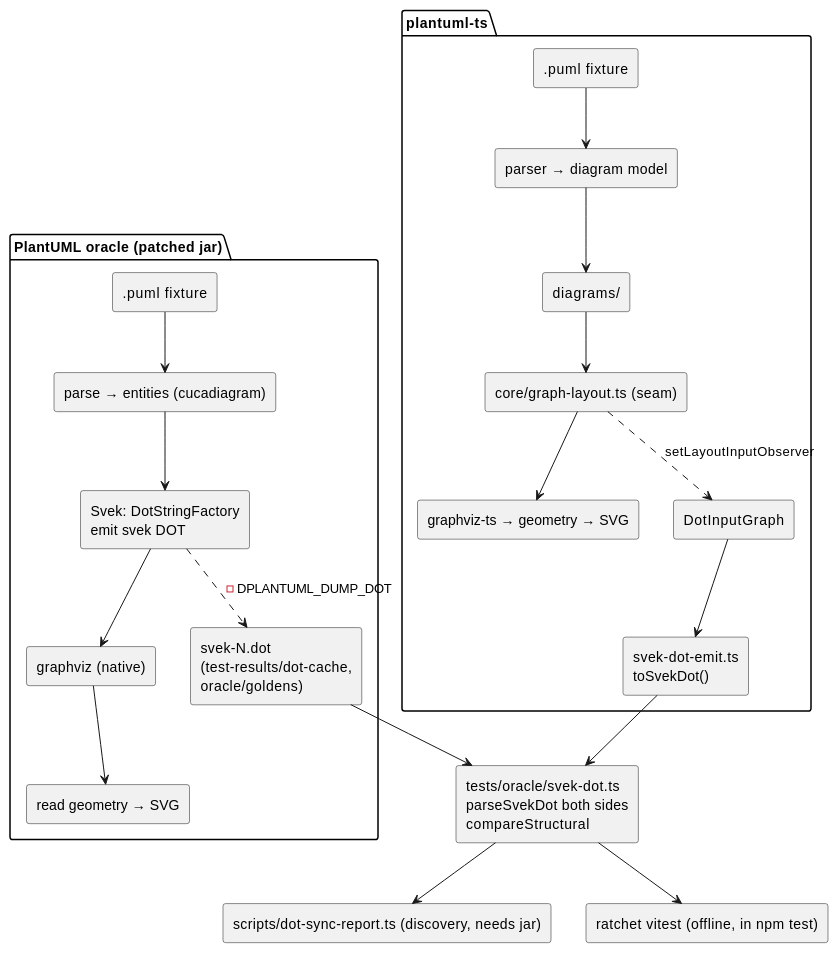
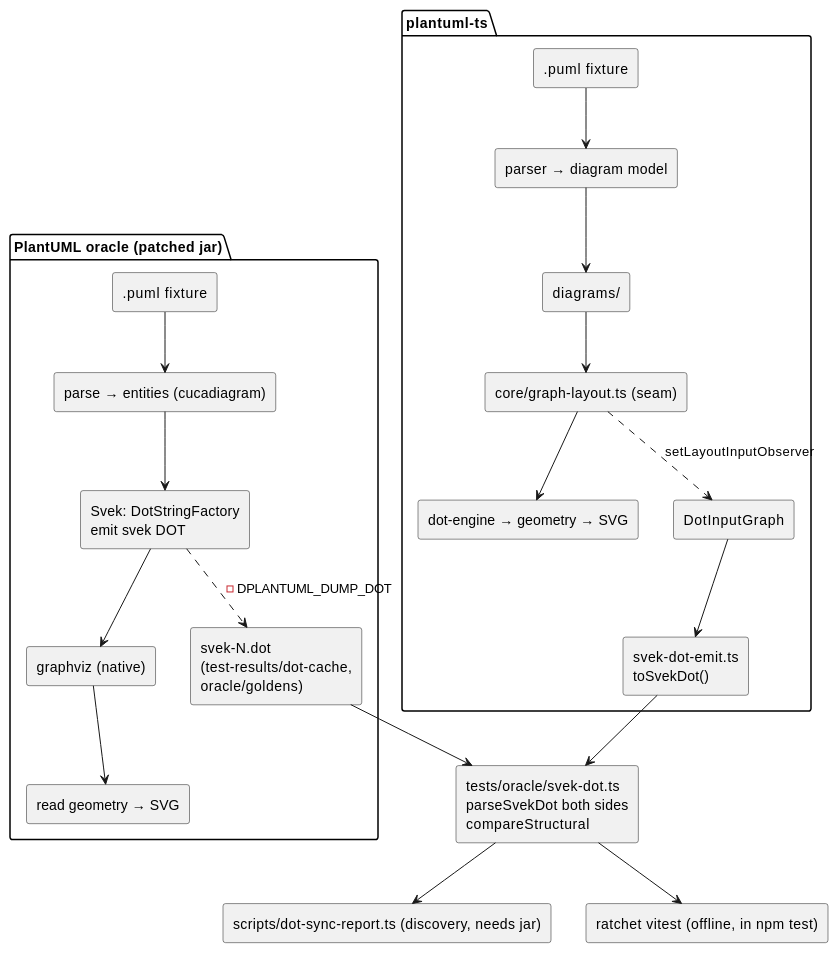
One commit to knowvah/plantuml-ts changed the diagram in plans/dot-oracle-sync/diagrams/data-flow.md. Above: the diagram before and after it, drawn with PlantUML. The commit also changed other lines of this file and 111 other files, not shown here.

First line of the commit message:
docs: call the layout engine dot-engine throughout

````diff
--- a/plans/dot-oracle-sync/diagrams/data-flow.md
+++ b/plans/dot-oracle-sync/diagrams/data-flow.md
@@ -3,45 +3,45 @@
 ```plantuml
 @startuml
 skinparam componentStyle rectangle
 skinparam shadowing false
 
 package "PlantUML oracle (patched jar)" {
   [.puml fixture] as P1
   [parse → entities (cucadiagram)] as J1
   [Svek: DotStringFactory\nemit svek DOT] as J2
   [graphviz (native)] as J3
   [read geometry → SVG] as J4
   [svek-N.dot\n(test-results/dot-cache,\noracle/goldens)] as D1
 }
 
 package "plantuml-ts" {
   [.puml fixture] as P2
   [parser → diagram model] as T1p
   [diagrams/] as T2p
   [core/graph-layout.ts (seam)] as T3p
-  [graphviz-ts → geometry → SVG] as T4p
+  [dot-engine → geometry → SVG] as T4p
   [DotInputGraph] as D2
   [svek-dot-emit.ts\ntoSvekDot()] as E1
 }
 
 [tests/oracle/svek-dot.ts\nparseSvekDot both sides\ncompareStructural] as CMP
 [scripts/dot-sync-report.ts (discovery, needs jar)] as R1
 [ratchet vitest (offline, in npm test)] as R2
 
 P1 --> J1
 J1 --> J2
 J2 --> J3
 J3 --> J4
 J2 ..> D1 : -DPLANTUML_DUMP_DOT
 P2 --> T1p
 T1p --> T2p
 T2p --> T3p
 T3p --> T4p
 T3p ..> D2 : setLayoutInputObserver
 D2 --> E1
 D1 --> CMP
 E1 --> CMP
 CMP --> R1
 CMP --> R2
 @enduml
 ```
````
